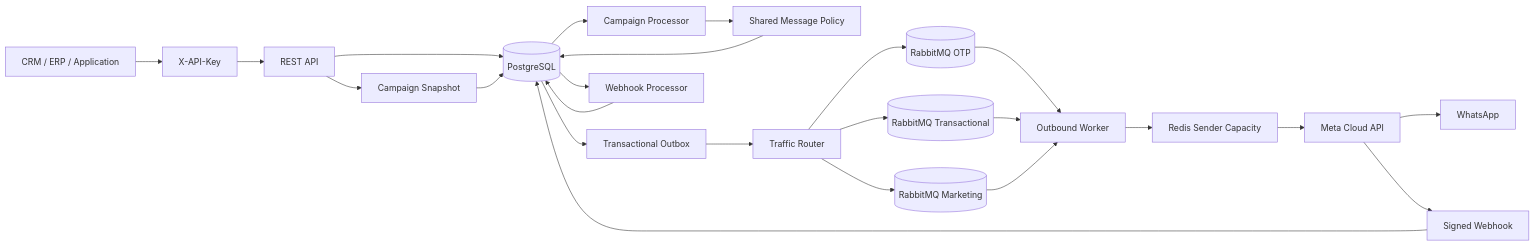
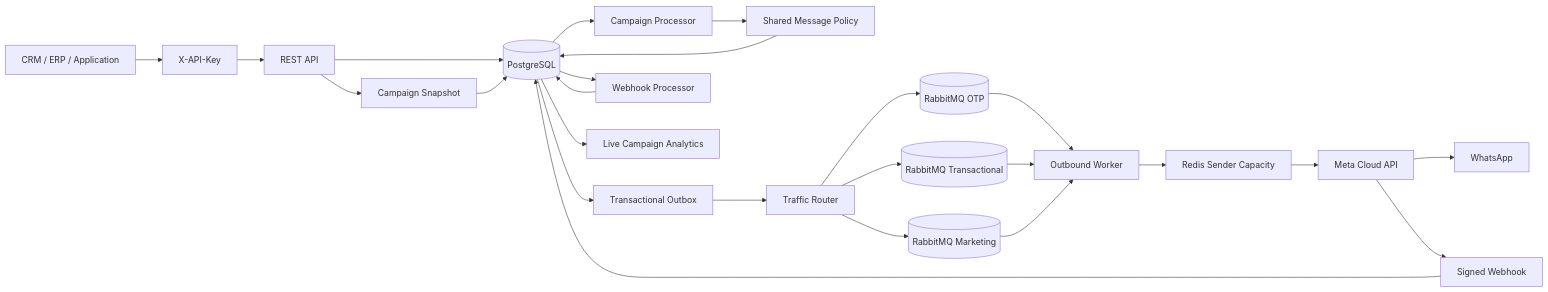
Before and after one commit to netctc/apiWhatsApp: the diagram in README.md, drawn with Mermaid. The commit also changed other lines of this file, not shown here.

Commit message:
docs: document live campaign analytics release

````diff
--- a/README.md
+++ b/README.md
@@ -33,26 +34,27 @@
 ```mermaid
 flowchart LR
     Client[CRM / ERP / Application] --> Auth[X-API-Key]
     Auth --> API[REST API]
     API --> DB[(PostgreSQL)]
     API --> Campaign[Campaign Snapshot]
     Campaign --> DB
     DB --> CampaignProcessor[Campaign Processor]
     CampaignProcessor --> Policy[Shared Message Policy]
     Policy --> DB
     DB --> Outbox[Transactional Outbox]
     Outbox --> Router[Traffic Router]
     Router --> OTP[(RabbitMQ OTP)]
     Router --> TX[(RabbitMQ Transactional)]
     Router --> MKT[(RabbitMQ Marketing)]
     OTP --> Worker[Outbound Worker]
     TX --> Worker
     MKT --> Worker
     Worker --> Rate[Redis Sender Capacity]
     Rate --> Meta[Meta Cloud API]
     Meta --> WhatsApp[WhatsApp]
     Meta --> Webhook[Signed Webhook]
     Webhook --> DB
     DB --> WebhookProcessor[Webhook Processor]
     WebhookProcessor --> DB
+    DB --> Analytics[Live Campaign Analytics]
 ```
````
